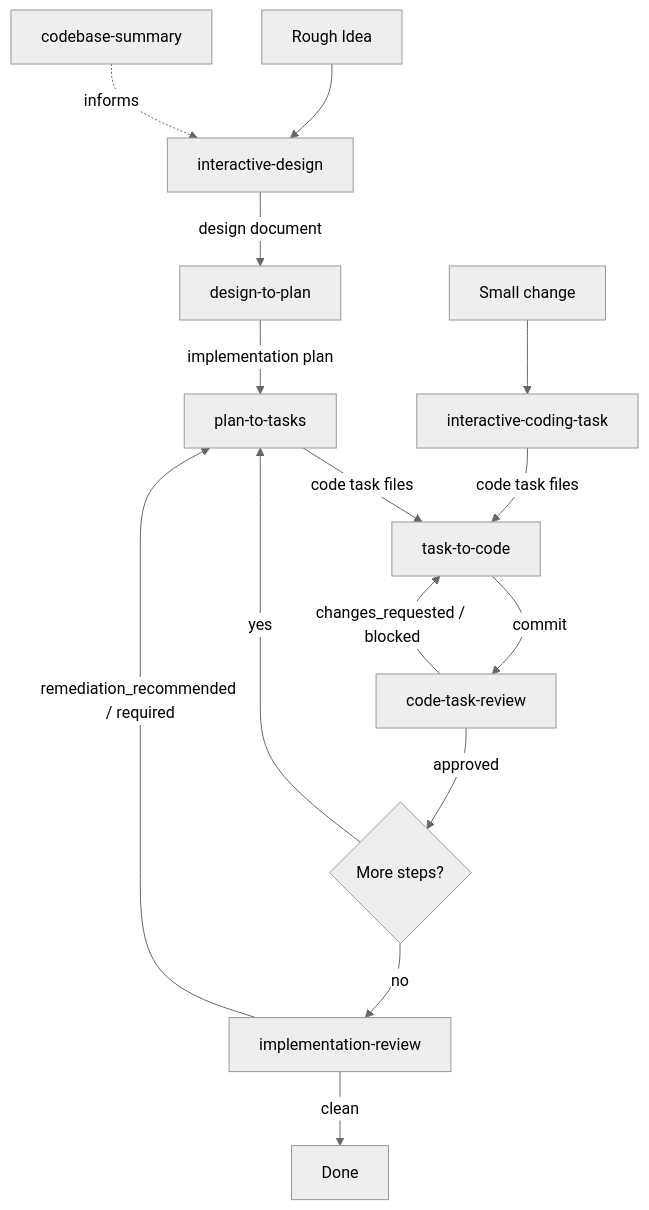
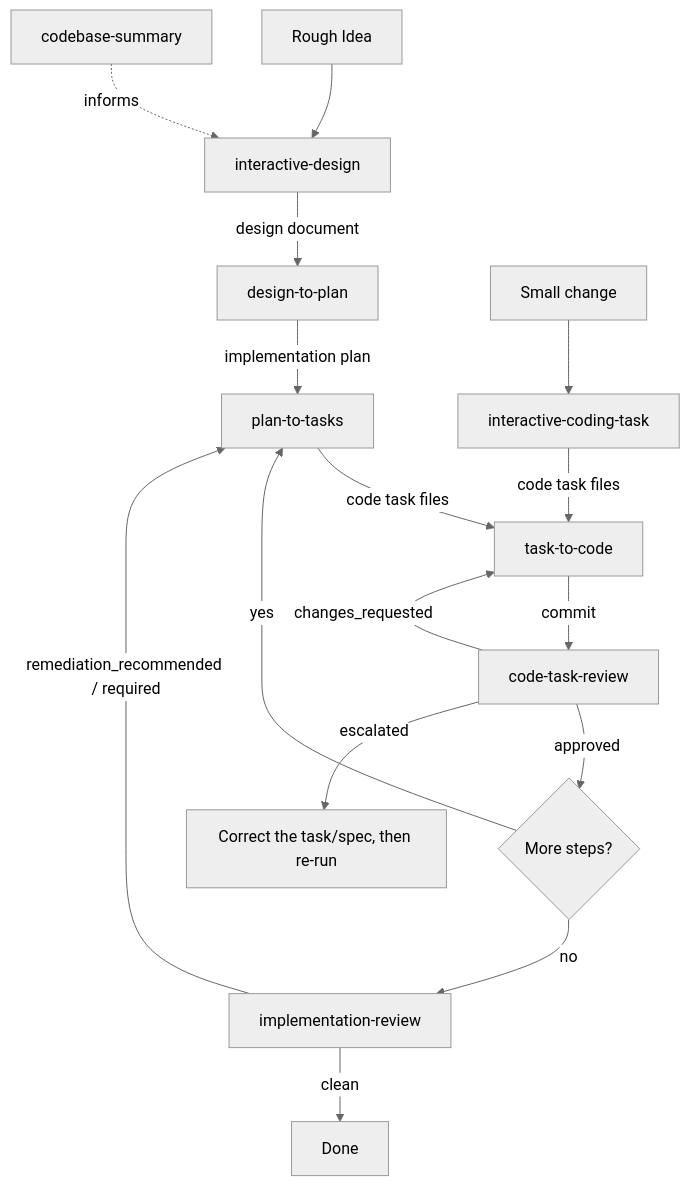
The diagram in structured-spec-to-code/structured-spec-to-code/SKILL.md (ono-sendai-labs/agent-skills), drawn with Mermaid (neutral theme) before and after one commit. The commit also changed other lines of this file and 9 other files, not shown here.

````diff
--- a/structured-spec-to-code/structured-spec-to-code/SKILL.md
+++ b/structured-spec-to-code/structured-spec-to-code/SKILL.md
@@ -10,18 +10,19 @@
 ```mermaid
 graph TD
     A[Rough Idea] --> B[interactive-design]
     B -->|design document| C[design-to-plan]
     C -->|implementation plan| D[plan-to-tasks]
     D -->|code task files| E[task-to-code]
     E -->|commit| R1[code-task-review]
     R1 -->|approved| F{More steps?}
-    R1 -->|changes_requested / blocked| E
+    R1 -->|changes_requested| E
+    R1 -->|escalated| X[Correct the task/spec, then re-run]
     F -->|yes| D
     F -->|no| R2[implementation-review]
     R2 -->|clean| G[Done]
     R2 -->|remediation_recommended / required| D
 
     H[codebase-summary] -.->|informs| B
     I[Small change] --> J[interactive-coding-task]
     J -->|code task files| E
 ```
````
